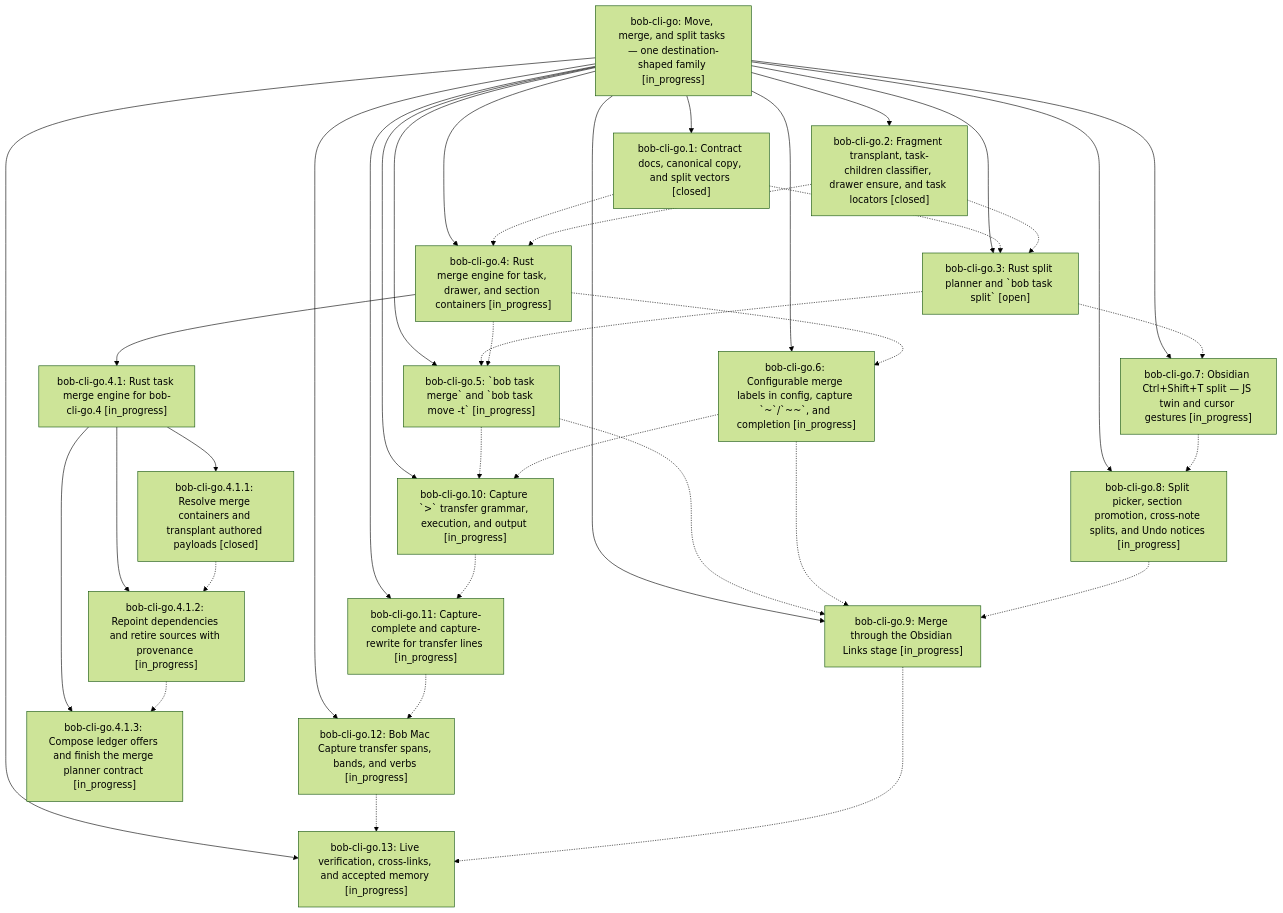
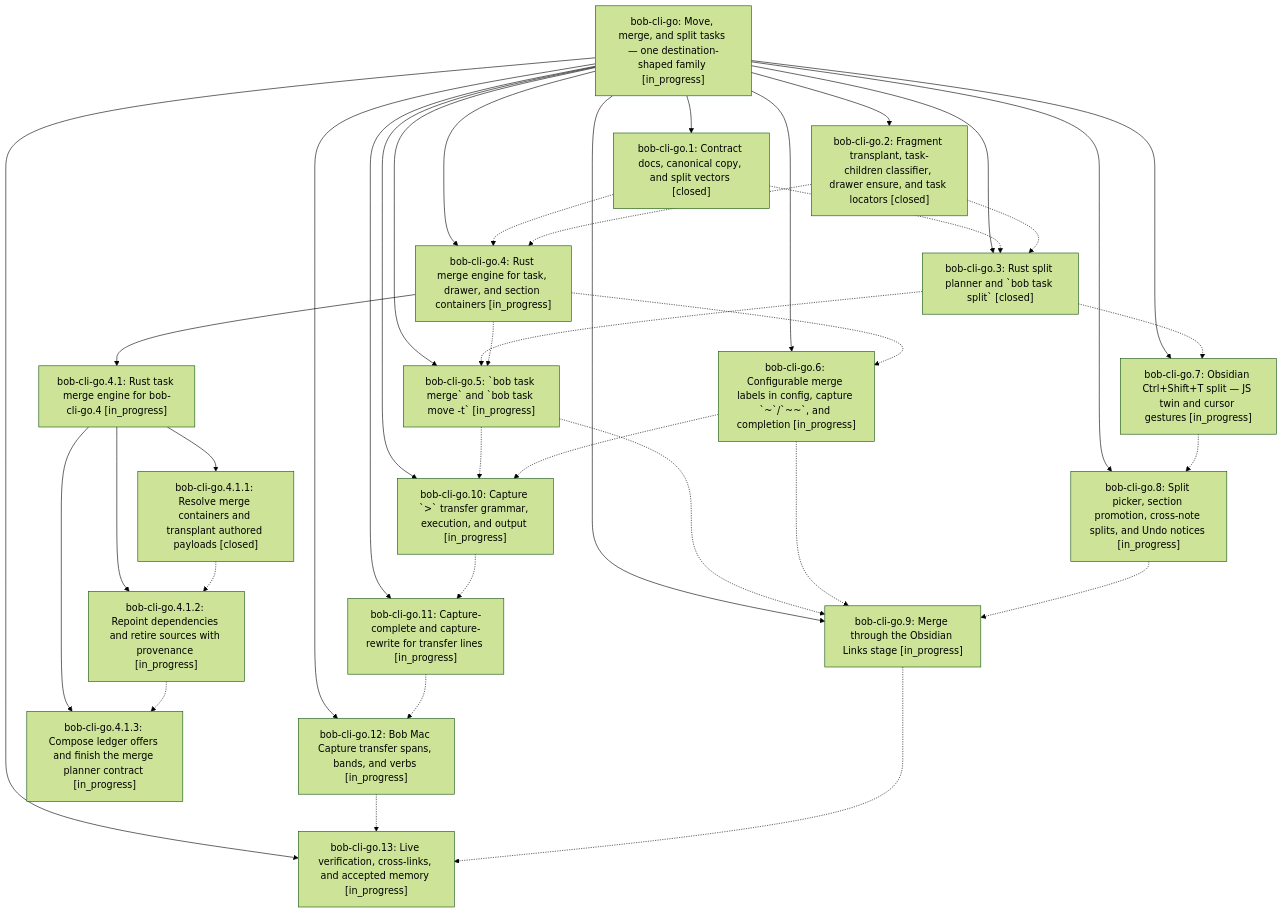
One commit to bobs-org/bob-cli--beads changed the diagram in pages/bob-cli-go/README.md. Above: the diagram before and after it, drawn with Mermaid (forest theme). The commit also changed other lines of this file and 6 other files, not shown here.

First line of the commit message:
chore(beads): sync bead state and pages for bob-cli-go

````diff
--- a/pages/bob-cli-go/README.md
+++ b/pages/bob-cli-go/README.md
@@ -52,58 +52,58 @@
 ```mermaid
 flowchart TD
     n0["bob-cli-go: Move, merge, and split tasks — one destination-shaped family [in_progress]"]
     n1["bob-cli-go.1: Contract docs, canonical copy, and split vectors [closed]"]
     n2["bob-cli-go.10: Capture `&gt;` transfer grammar, execution, and output [in_progress]"]
     n3["bob-cli-go.11: Capture-complete and capture-rewrite for transfer lines [in_progress]"]
     n4["bob-cli-go.12: Bob Mac Capture transfer spans, bands, and verbs [in_progress]"]
     n5["bob-cli-go.13: Live verification, cross-links, and accepted memory [in_progress]"]
     n6["bob-cli-go.2: Fragment transplant, task-children classifier, drawer ensure, and task locators [closed]"]
-    n7["bob-cli-go.3: Rust split planner and `bob task split` [open]"]
+    n7["bob-cli-go.3: Rust split planner and `bob task split` [closed]"]
     n8["bob-cli-go.4: Rust merge engine for task, drawer, and section containers [in_progress]"]
     n9["bob-cli-go.4.1: Rust task merge engine for bob-cli-go.4 [in_progress]"]
     n10["bob-cli-go.4.1.1: Resolve merge containers and transplant authored payloads [closed]"]
     n11["bob-cli-go.4.1.2: Repoint dependencies and retire sources with provenance [in_progress]"]
     n12["bob-cli-go.4.1.3: Compose ledger offers and finish the merge planner contract [in_progress]"]
     n13["bob-cli-go.5: `bob task merge` and `bob task move -t` [in_progress]"]
     n14["bob-cli-go.6: Configurable merge labels in config, capture `~`/`~~`, and completion [in_progress]"]
     n15["bob-cli-go.7: Obsidian Ctrl+Shift+T split — JS twin and cursor gestures [in_progress]"]
     n16["bob-cli-go.8: Split picker, section promotion, cross-note splits, and Undo notices [in_progress]"]
     n17["bob-cli-go.9: Merge through the Obsidian Links stage [in_progress]"]
     n0 --> n1
     n0 --> n2
     n0 --> n3
     n0 --> n4
     n0 --> n5
     n0 --> n6
     n0 --> n7
     n0 --> n8
     n8 --> n9
     n9 --> n10
     n9 --> n11
     n9 --> n12
     n0 --> n13
     n0 --> n14
     n0 --> n15
     n0 --> n16
     n0 --> n17
     n1 -.-> n7
     n1 -.-> n8
     n2 -.-> n3
     n3 -.-> n4
     n4 -.-> n5
     n6 -.-> n7
     n6 -.-> n8
     n7 -.-> n13
     n7 -.-> n15
     n8 -.-> n13
     n8 -.-> n14
     n10 -.-> n11
     n11 -.-> n12
     n13 -.-> n2
     n13 -.-> n17
     n14 -.-> n2
     n14 -.-> n17
     n15 -.-> n16
     n16 -.-> n17
     n17 -.-> n5
 ```
````
